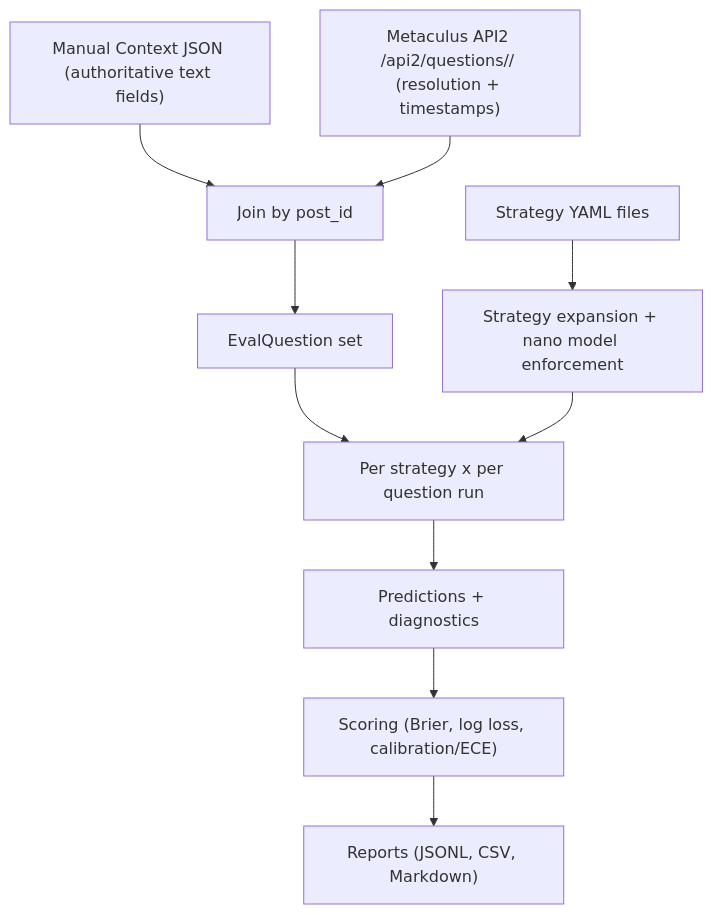
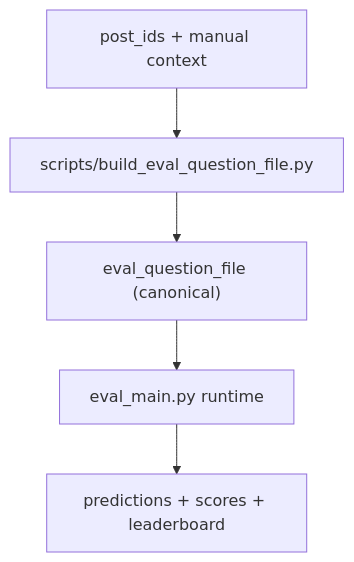
The diagram in evals/README.md (HanshalG/hanshal-forecast-bot), drawn with Mermaid before and after one commit. The commit also changed other lines of this file and 20 other files, not shown here.

````diff
--- a/evals/README.md
+++ b/evals/README.md
@@ -23,12 +23,7 @@
 ```mermaid
 flowchart TD
-    A["Manual Context JSON (authoritative text fields)"] --> C["Join by post_id"]
-    B["Metaculus API2 /api2/questions/<post_id>/ (resolution + timestamps)"] --> C
-    C --> D["EvalQuestion set"]
-    E["Strategy YAML files"] --> F["Strategy expansion + nano model enforcement"]
-    D --> G["Per strategy x per question run"]
-    F --> G
-    G --> H["Predictions + diagnostics"]
-    H --> I["Scoring (Brier, log loss, calibration/ECE)"]
-    I --> J["Reports (JSONL, CSV, Markdown)"]
+    A["post_ids + manual context"] --> B["scripts/build_eval_question_file.py"]
+    B --> C["eval_question_file (canonical)"]
+    C --> D["eval_main.py runtime"]
+    D --> E["predictions + scores + leaderboard"]
 ```
````
